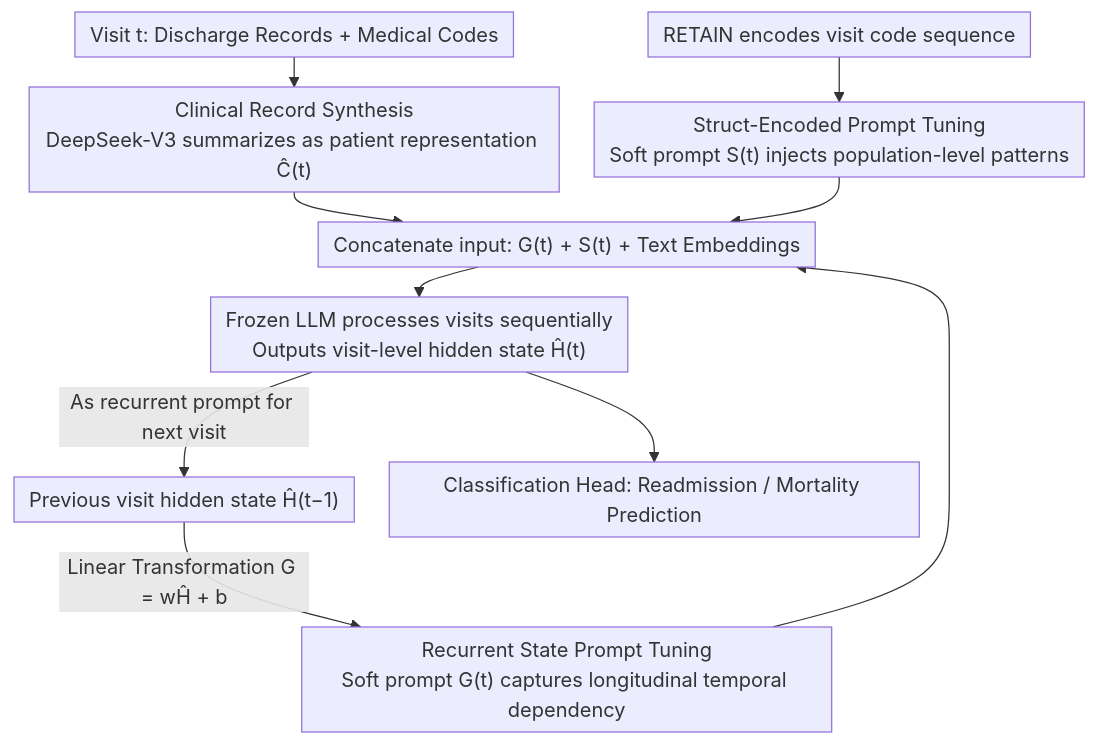
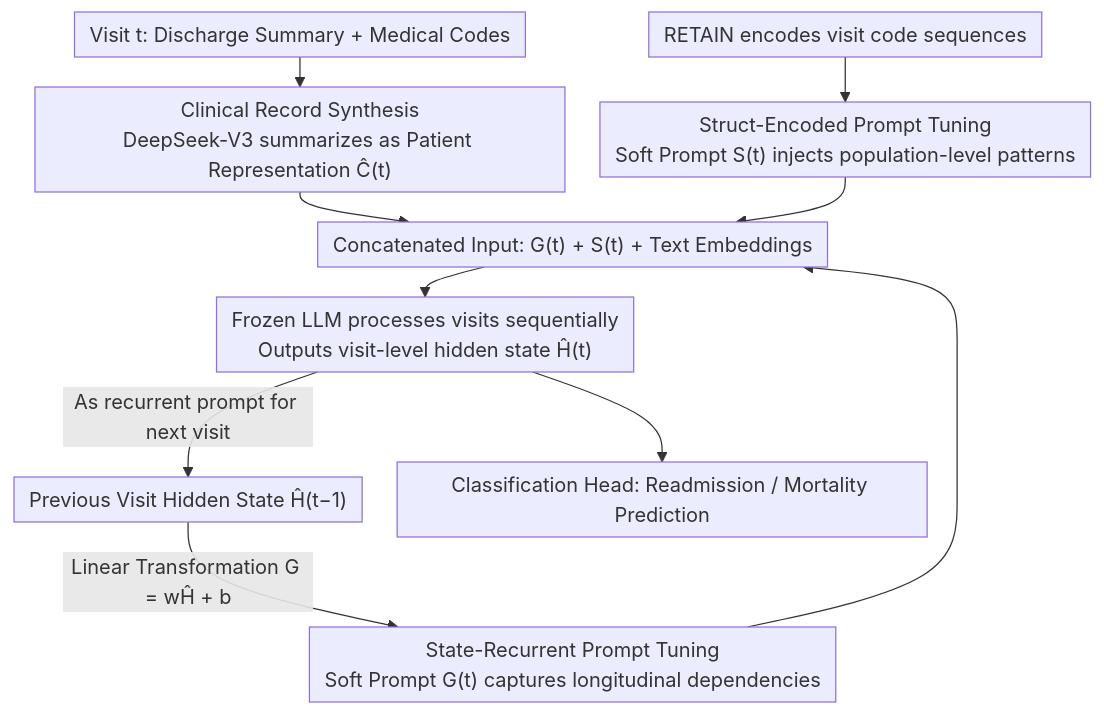
One commit to zhaoyang97/Paper-Notes-en changed the diagram in docs/ACL2026/medical_nlp/reprompt_recurrent_prompt_tuning_for_integrating_structured_ehr_encoders_with_la.md. Above: the diagram before and after it, drawn with Mermaid. The commit also changed other lines of this file and 5084 other files, not shown here.

````diff
--- a/docs/ACL2026/medical_nlp/reprompt_recurrent_prompt_tuning_for_integrating_structured_ehr_encoders_with_la.md
+++ b/docs/ACL2026/medical_nlp/reprompt_recurrent_prompt_tuning_for_integrating_structured_ehr_encoders_with_la.md
@@ -43,13 +43,13 @@
 ```mermaid
 %%{init: {'flowchart': {'rankSpacing': 24, 'nodeSpacing': 28, 'padding': 6, 'wrappingWidth': 400}}}%%
 flowchart TD
-    A["Visit t: Discharge Records + Medical Codes"] --> B["Clinical Record Synthesis<br/>DeepSeek-V3 summarizes as patient representation Ĉ(t)"]
-    P["Previous visit hidden state Ĥ(t−1)"] -->|"Linear Transformation G = wĤ + b"| C["Recurrent State Prompt Tuning<br/>Soft prompt G(t) captures longitudinal temporal dependency"]
-    R["RETAIN encodes visit code sequence"] --> D["Struct-Encoded Prompt Tuning<br/>Soft prompt S(t) injects population-level patterns"]
-    B --> E["Concatenate input: G(t) + S(t) + Text Embeddings"]
+    A["Visit t: Discharge Summary + Medical Codes"] --> B["Clinical Record Synthesis<br/>DeepSeek-V3 summarizes as Patient Representation Ĉ(t)"]
+    P["Previous Visit Hidden State Ĥ(t−1)"] -->|"Linear Transformation G = wĤ + b"| C["State-Recurrent Prompt Tuning<br/>Soft Prompt G(t) captures longitudinal dependencies"]
+    R["RETAIN encodes visit code sequences"] --> D["Struct-Encoded Prompt Tuning<br/>Soft Prompt S(t) injects population-level patterns"]
+    B --> E["Concatenated Input: G(t) + S(t) + Text Embeddings"]
     C --> E
     D --> E
     E --> F["Frozen LLM processes visits sequentially<br/>Outputs visit-level hidden state Ĥ(t)"]
     F -->|"As recurrent prompt for next visit"| P
     F --> G["Classification Head: Readmission / Mortality Prediction"]
 ```
````
